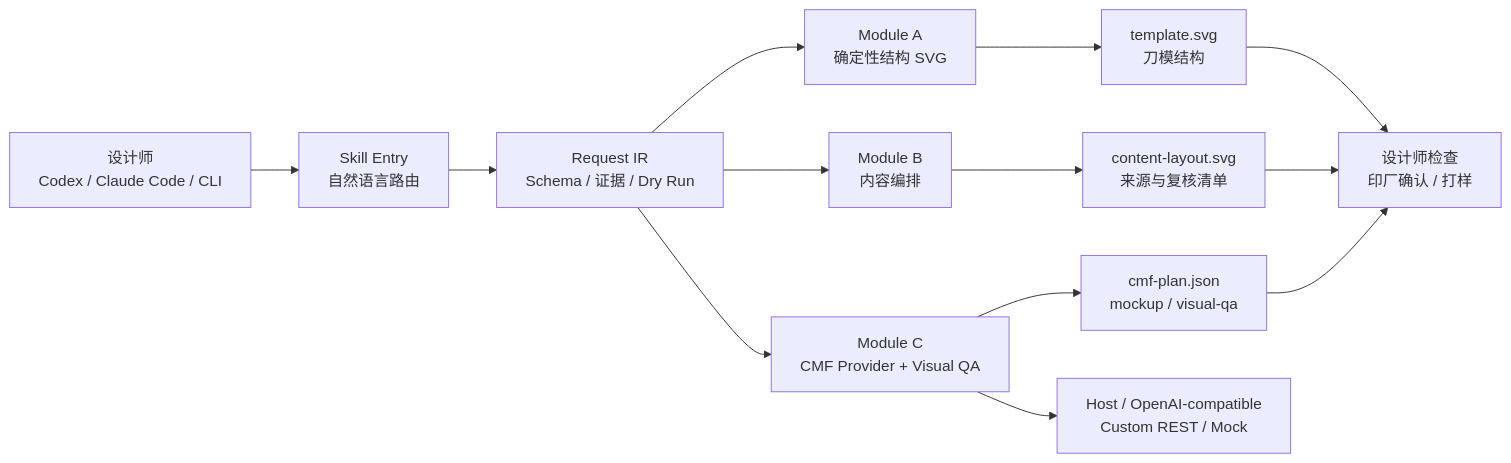
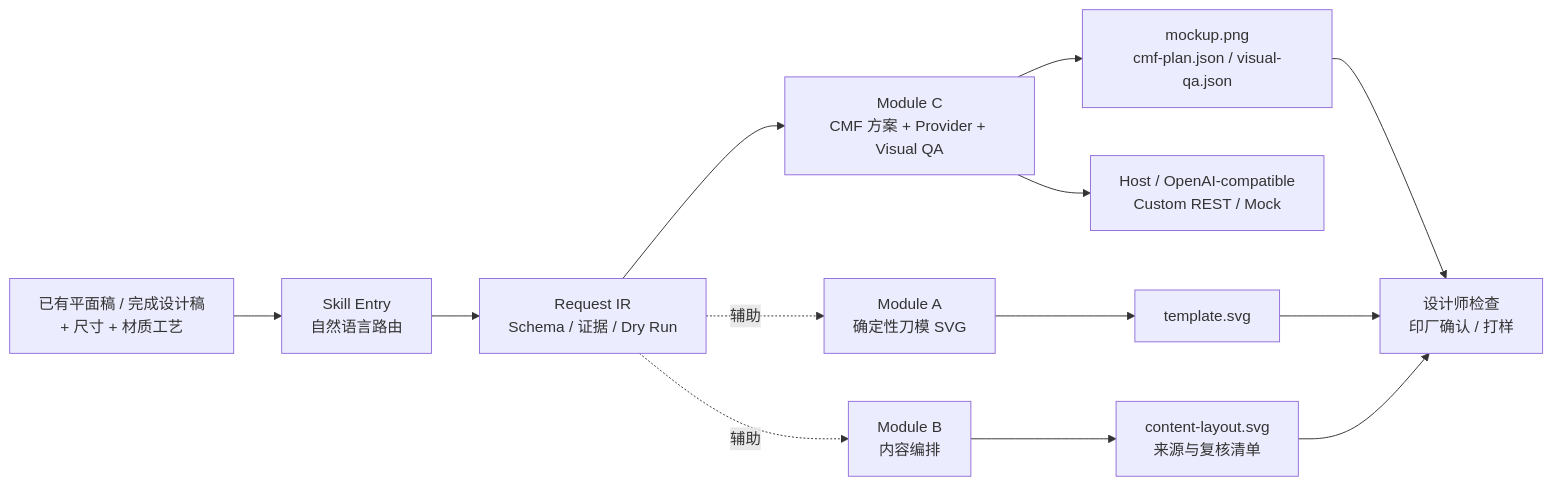
The diagram in README.md (elangan1997-cmyk/packaging-design-assistant-harness), drawn with Mermaid before and after one commit. The commit also changed other lines of this file, not shown here.

Commit message:
docs: reorder README around CMF workflow

````diff
--- a/README.md
+++ b/README.md
@@ -60,15 +41,15 @@
 ```mermaid
 flowchart LR
-    U["设计师<br/>Codex / Claude Code / CLI"] --> S["Skill Entry<br/>自然语言路由"]
+    U["已有平面稿 / 完成设计稿<br/>+ 尺寸 + 材质工艺"] --> S["Skill Entry<br/>自然语言路由"]
     S --> I["Request IR<br/>Schema / 证据 / Dry Run"]
-    I --> A["Module A<br/>确定性结构 SVG"]
-    I --> B["Module B<br/>内容编排"]
-    I --> C["Module C<br/>CMF Provider + Visual QA"]
-    A --> AO["template.svg<br/>刀模结构"]
+    I --> C["Module C<br/>CMF 方案 + Provider + Visual QA"]
+    C --> CO["mockup.png<br/>cmf-plan.json / visual-qa.json"]
+    I -. 辅助 .-> A["Module A<br/>确定性刀模 SVG"]
+    I -. 辅助 .-> B["Module B<br/>内容编排"]
+    A --> AO["template.svg"]
     B --> BO["content-layout.svg<br/>来源与复核清单"]
-    C --> CO["cmf-plan.json<br/>mockup / visual-qa"]
     C --> P["Host / OpenAI-compatible<br/>Custom REST / Mock"]
-    AO --> R["设计师检查<br/>印厂确认 / 打样"]
+    CO --> R["设计师检查<br/>印厂确认 / 打样"]
+    AO --> R
     BO --> R
-    CO --> R
 ```
````
